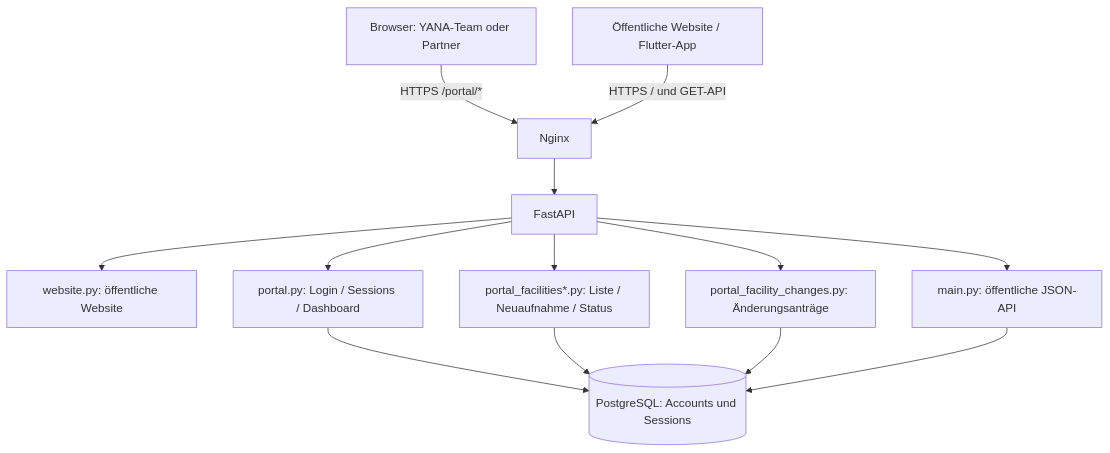
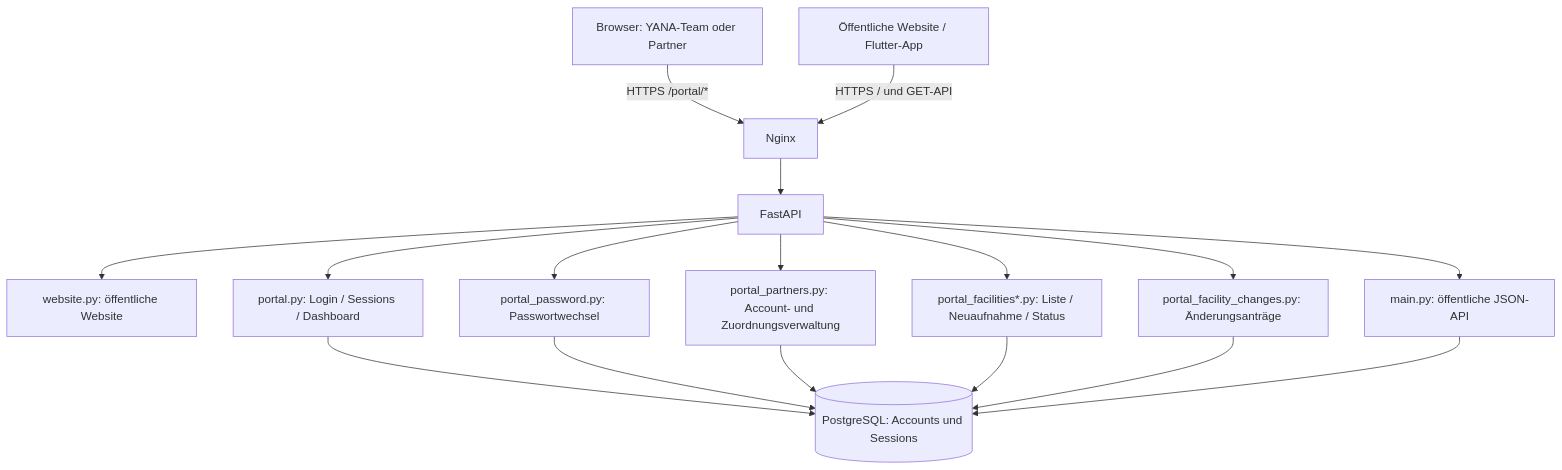
The first of 3 diagrams in docs/technik/teamportal-architektur.md (Pferdusmaximus/YANA-A-B-S), drawn with Mermaid before and after one commit. The commit also changed other lines of this file and 21 other files, not shown here.

````diff
--- a/docs/technik/teamportal-architektur.md
+++ b/docs/technik/teamportal-architektur.md
@@ -27,15 +29,19 @@
 ```mermaid
 flowchart TB
     B[Browser: YANA-Team oder Partner] -->|HTTPS /portal/*| N[Nginx]
     V[Öffentliche Website / Flutter-App] -->|HTTPS / und GET-API| N
     N --> A[FastAPI]
     A --> W[website.py: öffentliche Website]
     A --> P[portal.py: Login / Sessions / Dashboard]
+    A --> PW[portal_password.py: Passwortwechsel]
+    A --> PA[portal_partners.py: Account- und Zuordnungsverwaltung]
     A --> H[portal_facilities*.py: Liste / Neuaufnahme / Status]
     A --> C[portal_facility_changes.py: Änderungsanträge]
     A --> J[main.py: öffentliche JSON-API]
     P --> D[(PostgreSQL: Accounts und Sessions)]
+    PW --> D
+    PA --> D
     H --> D
     C --> D
     J --> D
 ```
````
